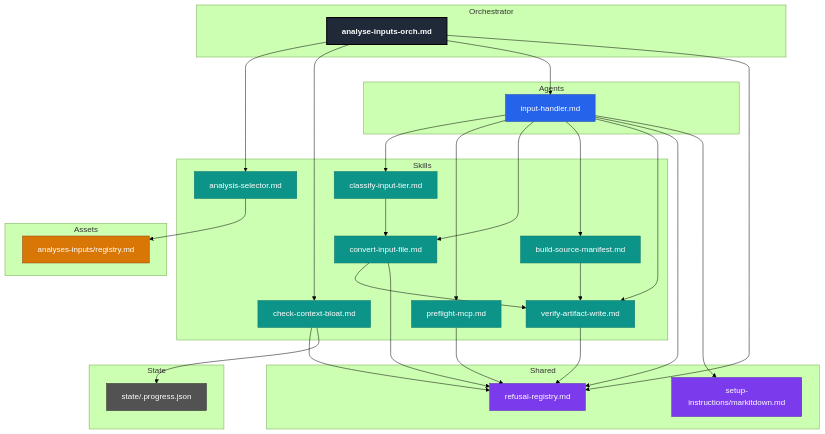
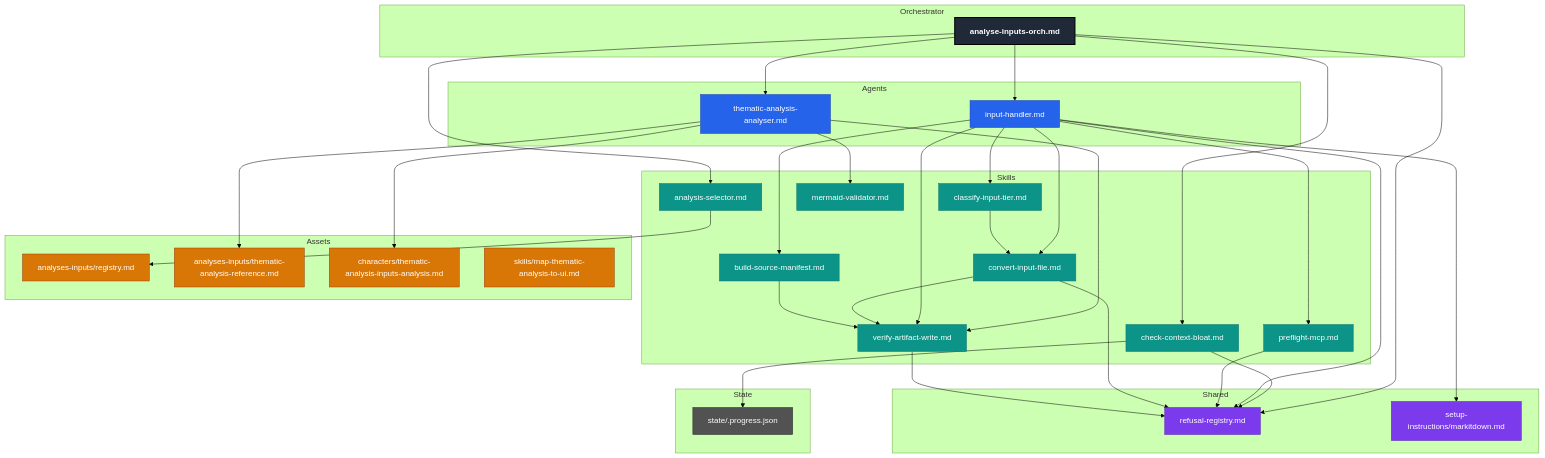
One commit to rodenacker/requirements-generator changed the fifth of 5 diagrams in framework/dependency-graphs.md. Above: the diagram before and after it, drawn with Mermaid (forest theme). The commit also changed other lines of this file and 5 other files, not shown here.

Commit message:
thematic inputs analysis

````diff
--- a/framework/dependency-graphs.md
+++ b/framework/dependency-graphs.md
@@ -549,6 +549,7 @@
 
     subgraph Agents
       agent_input_ai[input-handler.md]
+      agent_ta[thematic-analysis-analyser.md]
     end
 
     subgraph Skills
@@ -559,10 +560,14 @@
       skill_preflight_ai[preflight-mcp.md]
       skill_convert_ai[convert-input-file.md]
       skill_buildmanifest_ai[build-source-manifest.md]
+      skill_mermaid_ai[mermaid-validator.md]
     end
 
     subgraph Assets
       asset_registry_ai[analyses-inputs/registry.md]
+      asset_ta_ref[analyses-inputs/thematic-analysis-reference.md]
+      asset_ta_char[characters/thematic-analysis-inputs-analysis.md]
+      asset_ta_map[skills/map-thematic-analysis-to-ui.md]
     end
 
     subgraph Shared
@@ -577,9 +582,15 @@
     orch_ai --> skill_ansel_ai
     orch_ai --> skill_bloat_ai
     orch_ai --> agent_input_ai
+    orch_ai --> agent_ta
     orch_ai --> shared_refusal_ai
 
     skill_ansel_ai --> asset_registry_ai
+
+    agent_ta --> asset_ta_ref
+    agent_ta --> asset_ta_char
+    agent_ta --> skill_verifywrite_ai
+    agent_ta --> skill_mermaid_ai
 
     skill_bloat_ai --> shared_refusal_ai
     skill_bloat_ai --> state_progress_ai
@@ -600,9 +611,9 @@
     skill_verifywrite_ai --> shared_refusal_ai
 
     class orch_ai orch
-    class agent_input_ai agent
-    class skill_ansel_ai,skill_bloat_ai,skill_verifywrite_ai,skill_classify_ai,skill_preflight_ai,skill_convert_ai,skill_buildmanifest_ai skill
-    class asset_registry_ai asset
+    class agent_input_ai,agent_ta agent
+    class skill_ansel_ai,skill_bloat_ai,skill_verifywrite_ai,skill_classify_ai,skill_preflight_ai,skill_convert_ai,skill_buildmanifest_ai,skill_mermaid_ai skill
+    class asset_registry_ai,asset_ta_ref,asset_ta_char,asset_ta_map asset
     class shared_refusal_ai,shared_setup_md_ai shared
     class state_progress_ai state
 ```
````
